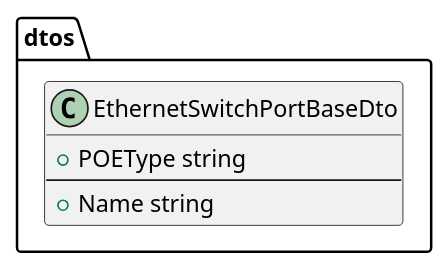
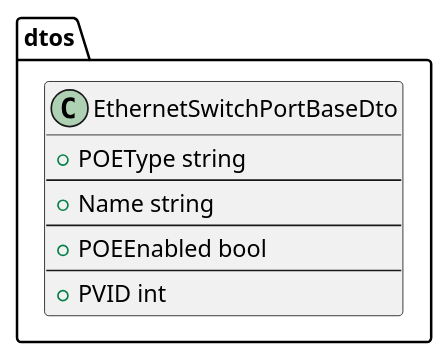
The diagram in docs/plantuml/dto/EthernetSwitchPort/EthernetSwitchPortBaseDto.puml (lf-edge/rol), drawn with PlantUML before and after one commit. The commit also changed 29 other files, not shown here.

```diff
--- a/docs/plantuml/dto/EthernetSwitchPort/EthernetSwitchPortBaseDto.puml
+++ b/docs/plantuml/dto/EthernetSwitchPort/EthernetSwitchPortBaseDto.puml
@@ -1,11 +1,15 @@
 @startuml EthernetSwitchPortBaseDto
 
 package dtos {
     class EthernetSwitchPortBaseDto {
         +POEType string
         --
         +Name string
+        --
+        +POEEnabled bool
+        --
+        +PVID int
     }
 }
 
 @enduml
```
